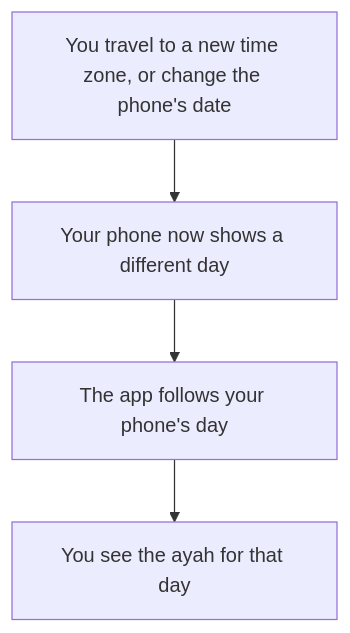
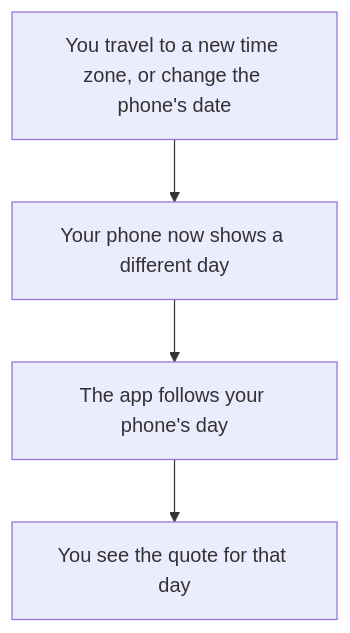
Before and after one commit to shibbirweb/al-quran-quotes-android: the diagram in docs/User-FAQ.md, drawn with Mermaid. The commit also changed other lines of this file and 206 other files, not shown here.

First line of the commit message:
feat: add bottom navigation, quote CRUD with editable bundled ayahs, and a Room schema history check

````diff
--- a/docs/User-FAQ.md
+++ b/docs/User-FAQ.md
@@ -17,6 +17,6 @@
 ```mermaid
 flowchart TD
     Change["You travel to a new time zone, or change the phone's date"] --> NewDay["Your phone now shows a different day"]
     NewDay --> AppFollows["The app follows your phone's day"]
-    AppFollows --> AyahForDay["You see the ayah for that day"]
+    AppFollows --> QuoteForDay["You see the quote for that day"]
 ```
````
